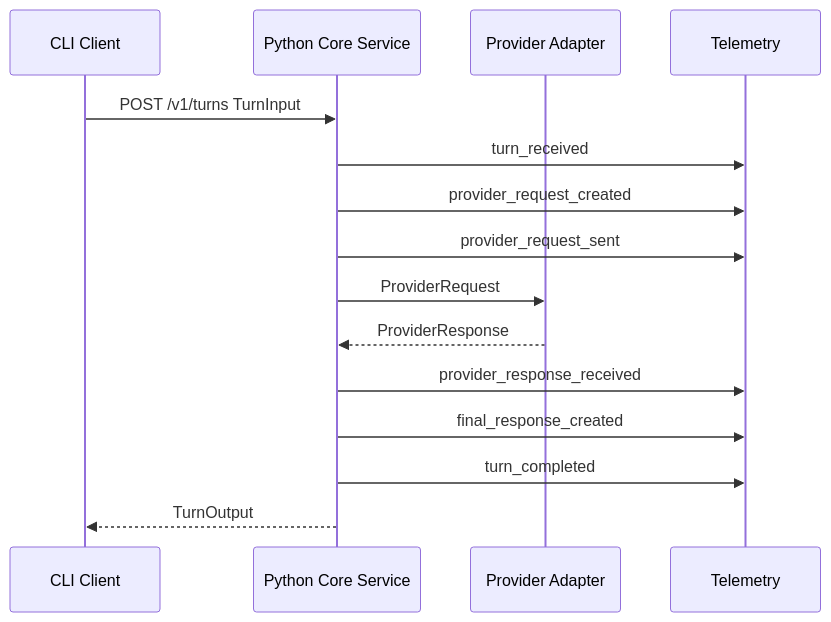
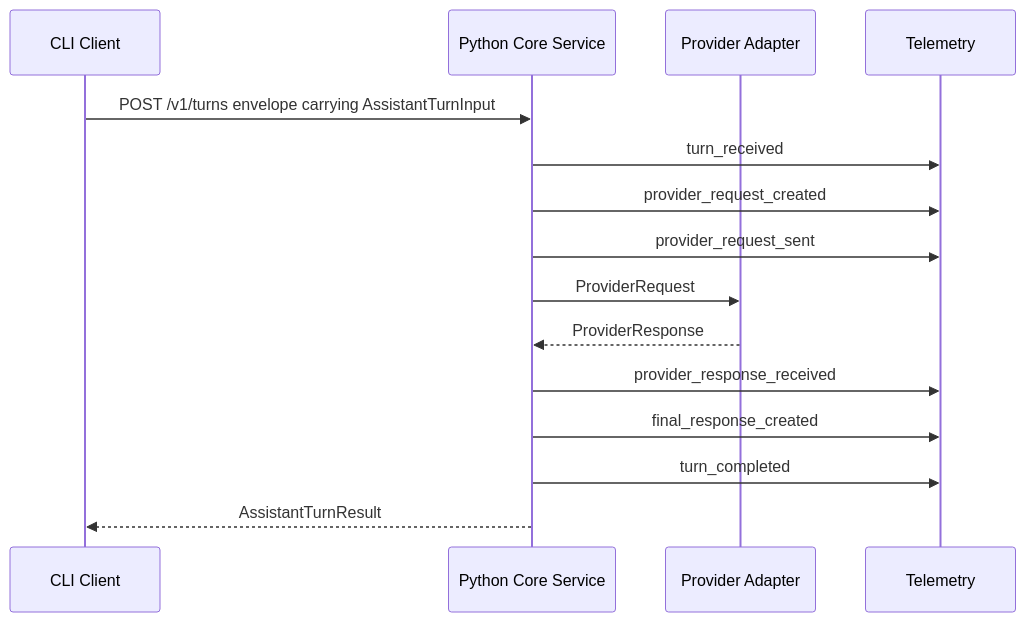
Before and after one commit to xRetr00/Marvex: the diagram in docs/diagrams/v1-process-map.md, drawn with Mermaid. The commit also changed other lines of this file and 13 other files, not shown here.

````diff
--- a/docs/diagrams/v1-process-map.md
+++ b/docs/diagrams/v1-process-map.md
@@ -3,18 +3,18 @@
 ```mermaid
 sequenceDiagram
   participant CLI as CLI Client
   participant Core as Python Core Service
   participant Provider as Provider Adapter
   participant Telemetry as Telemetry
 
-  CLI->>Core: POST /v1/turns TurnInput
+  CLI->>Core: POST /v1/turns envelope carrying AssistantTurnInput
   Core->>Telemetry: turn_received
   Core->>Telemetry: provider_request_created
   Core->>Telemetry: provider_request_sent
   Core->>Provider: ProviderRequest
   Provider-->>Core: ProviderResponse
   Core->>Telemetry: provider_response_received
   Core->>Telemetry: final_response_created
   Core->>Telemetry: turn_completed
-  Core-->>CLI: TurnOutput
+  Core-->>CLI: AssistantTurnResult
 ```
````
